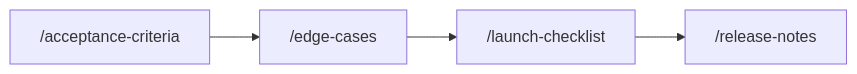
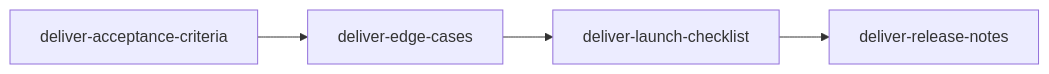
Before and after one commit to product-on-purpose/pm-skills: the third of 6 diagrams in docs/guides/recipes.md, drawn with Mermaid. The commit also changed other lines of this file and 187 other files, not shown here.

````diff
--- a/docs/guides/recipes.md
+++ b/docs/guides/recipes.md
@@ -61,6 +61,6 @@
 ```mermaid
 flowchart LR
-    A["/acceptance-criteria"] --> B["/edge-cases"]
-    B --> C["/launch-checklist"]
-    C --> D["/release-notes"]
+    A["deliver-acceptance-criteria"] --> B["deliver-edge-cases"]
+    B --> C["deliver-launch-checklist"]
+    C --> D["deliver-release-notes"]
 ```
````
